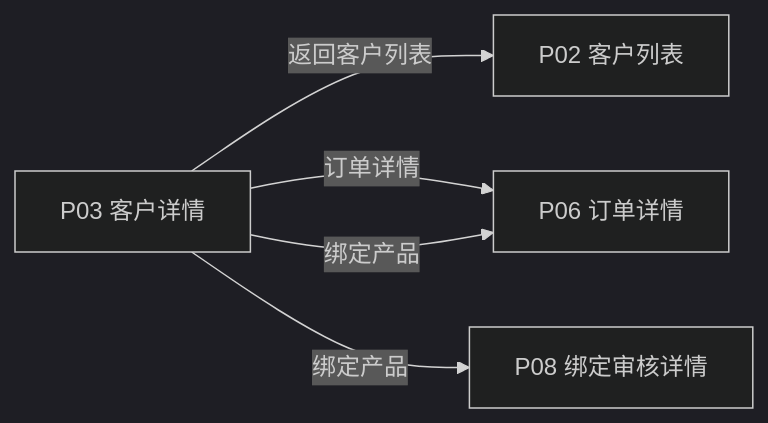
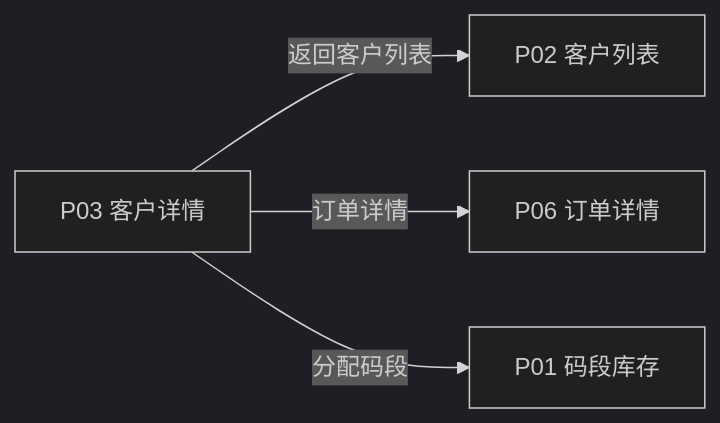
The first of 2 diagrams in prototype-annotator/specs/P03-客户详情.md (watanabeJ/traceability-quality-code-prototype), drawn with Mermaid (dark theme) before and after one commit. The commit also changed other lines of this file and 73 other files, not shown here.

````diff
--- a/prototype-annotator/specs/P03-客户详情.md
+++ b/prototype-annotator/specs/P03-客户详情.md
@@ -43,11 +43,10 @@
 ```mermaid
 flowchart LR
   current["P03 客户详情"]
   p02["P02 客户列表"]
   current -->|"返回客户列表"| p02
   p06["P06 订单详情"]
   current -->|"订单详情"| p06
-  current -->|"绑定产品"| p06
-  p08["P08 绑定审核详情"]
-  current -->|"绑定产品"| p08
+  p01["P01 码段库存"]
+  current -->|"分配码段"| p01
 ```
````
